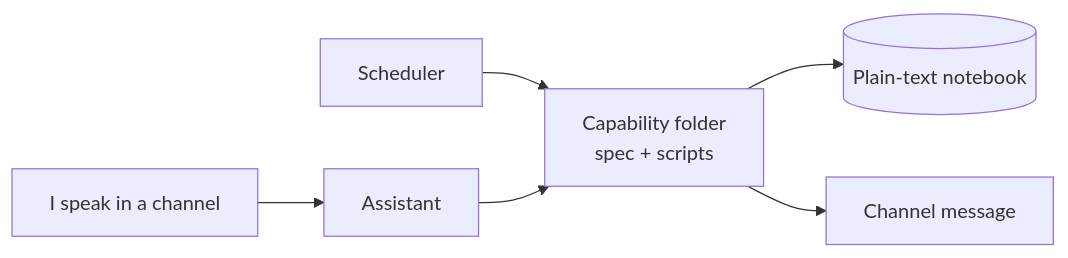
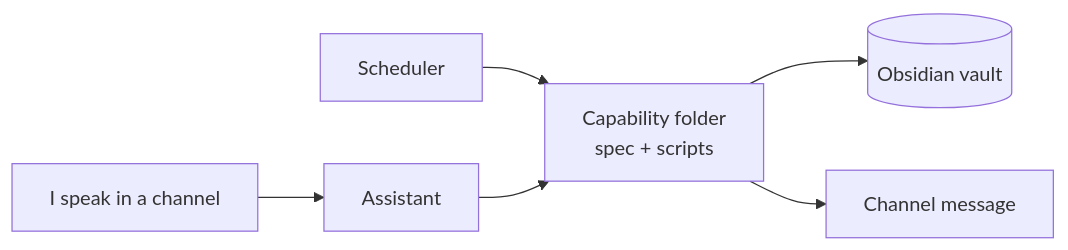
Before and after one commit to HaoweiChan/HaoweiChan.github.io: the first of 2 diagrams in src/content/blog/resident-personal-assistant.md, drawn with Mermaid. The commit also changed other lines of this file and 1 other file, not shown here.

First line of the commit message:
content: name Discord and Obsidian in the assistant post

````diff
--- a/src/content/blog/resident-personal-assistant.md
+++ b/src/content/blog/resident-personal-assistant.md
@@ -67,7 +67,7 @@
 ```mermaid
 flowchart LR
     Sched[Scheduler] --> Skill[Capability folder<br/>spec + scripts]
     Me[I speak in a channel] --> Agent[Assistant] --> Skill
-    Skill --> Vault[(Plain-text notebook)]
+    Skill --> Vault[(Obsidian vault)]
     Skill --> Chan[Channel message]
 ```
````
